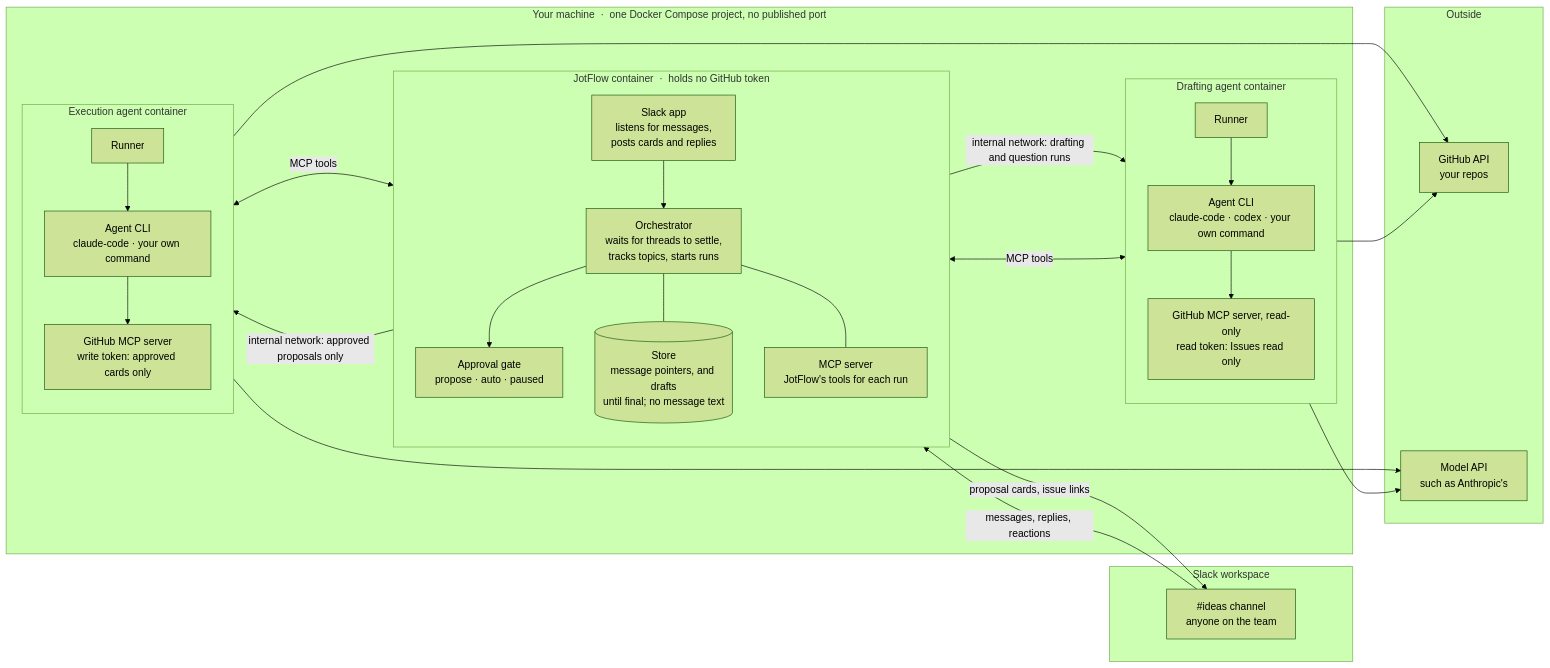
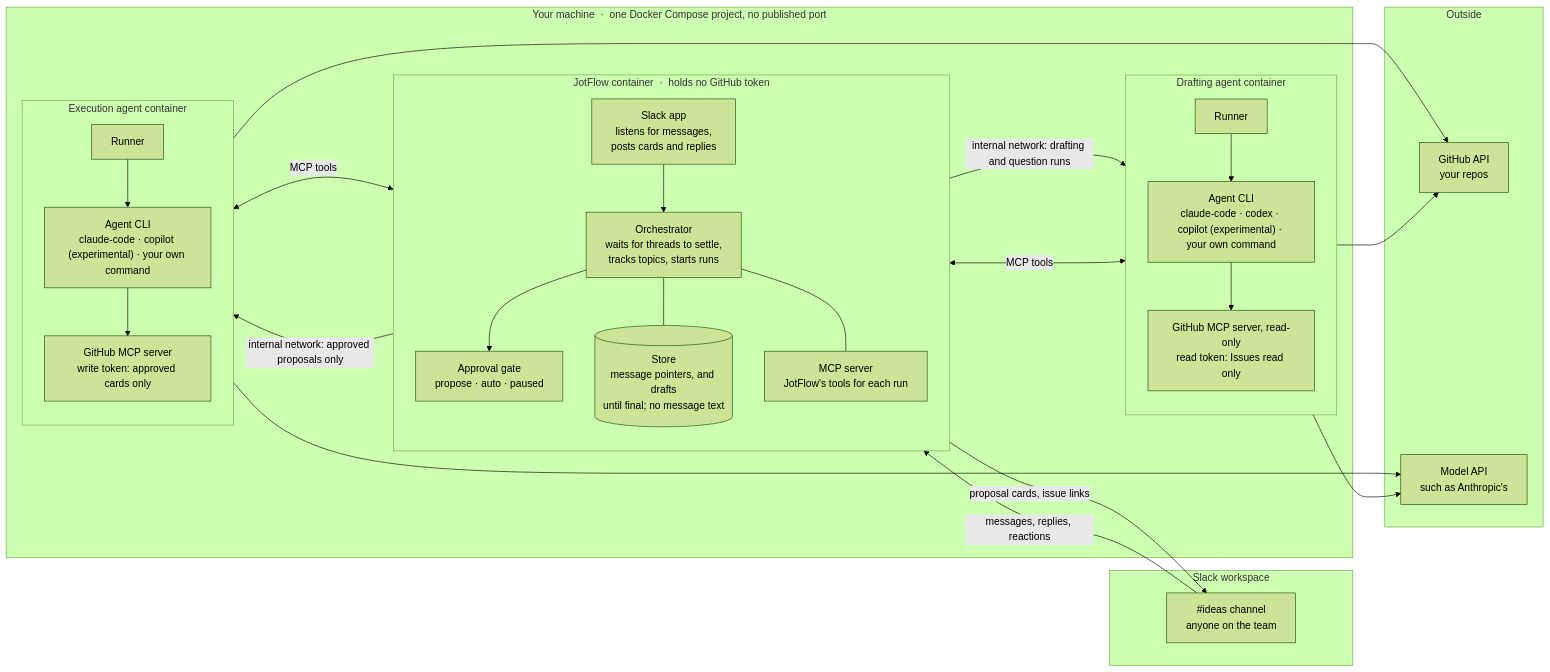
One commit to Jnkman787/jotflow changed the first of 2 diagrams in README.md. Above: the diagram before and after it, drawn with Mermaid (forest theme). The commit also changed other lines of this file and 2 other files, not shown here.

````diff
--- a/README.md
+++ b/README.md
@@ -19,50 +19,50 @@
 ```mermaid
 flowchart LR
     subgraph slack["Slack workspace"]
         ch["#ideas channel<br/>anyone on the team"]
     end
 
     subgraph host["Your machine &nbsp;·&nbsp; one Docker Compose project, no published port"]
         subgraph jf["JotFlow container &nbsp;·&nbsp; holds no GitHub token"]
             direction TB
             app["Slack app<br/>listens for messages,<br/>posts cards and replies"]
             core["Orchestrator<br/>waits for threads to settle,<br/>tracks topics, starts runs"]
             gate["Approval gate<br/>propose · auto · paused"]
             mcp["MCP server<br/>JotFlow's tools for each run"]
             db[("Store<br/>message pointers, and drafts<br/>until final; no message text")]
             app --> core --> gate
             core --- db
             core --- mcp
         end
 
         subgraph drafting["Drafting agent container"]
             direction TB
-            r1["Runner"] --> cli1["Agent CLI<br/>claude-code · codex · your own command"]
+            r1["Runner"] --> cli1["Agent CLI<br/>claude-code · codex · copilot (experimental) · your own command"]
             ro["GitHub MCP server, read-only<br/>read token: Issues read only"]
             cli1 --> ro
         end
 
         subgraph execution["Execution agent container"]
             direction TB
-            r2["Runner"] --> cli2["Agent CLI<br/>claude-code · your own command"]
+            r2["Runner"] --> cli2["Agent CLI<br/>claude-code · copilot (experimental) · your own command"]
             rw["GitHub MCP server<br/>write token: approved cards only"]
             cli2 --> rw
         end
     end
 
     subgraph outside["Outside"]
         gh["GitHub API<br/>your repos"]
         model["Model API<br/>such as Anthropic's"]
     end
 
     ch -- "messages, replies, reactions" --> app
     app -- "proposal cards, issue links" --> ch
     core -- "internal network: drafting and question runs" --> r1
     gate -- "internal network: approved proposals only" --> r2
     cli1 <-- "MCP tools" --> mcp
     cli2 <-- "MCP tools" --> mcp
     ro --> gh
     rw --> gh
     cli1 --> model
     cli2 --> model
 ```
````
